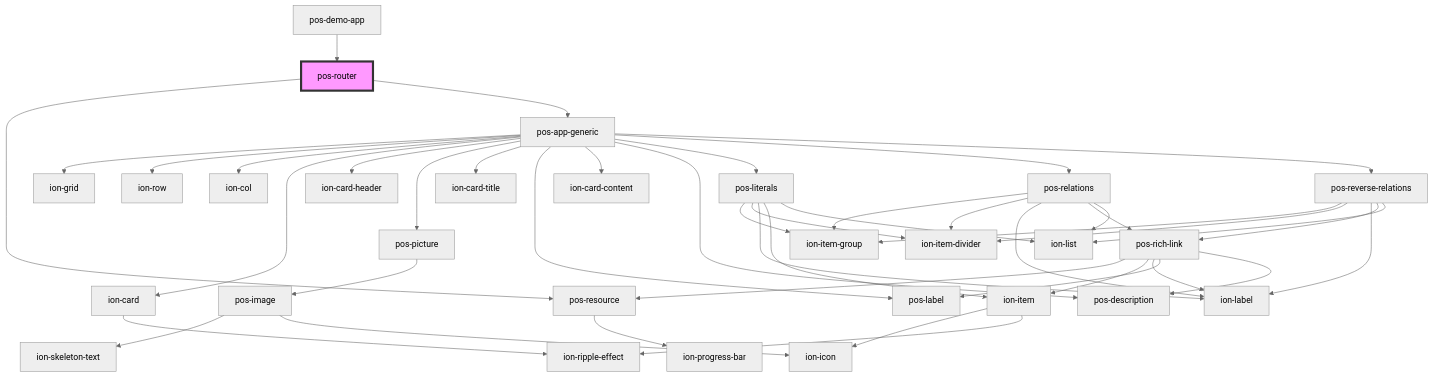
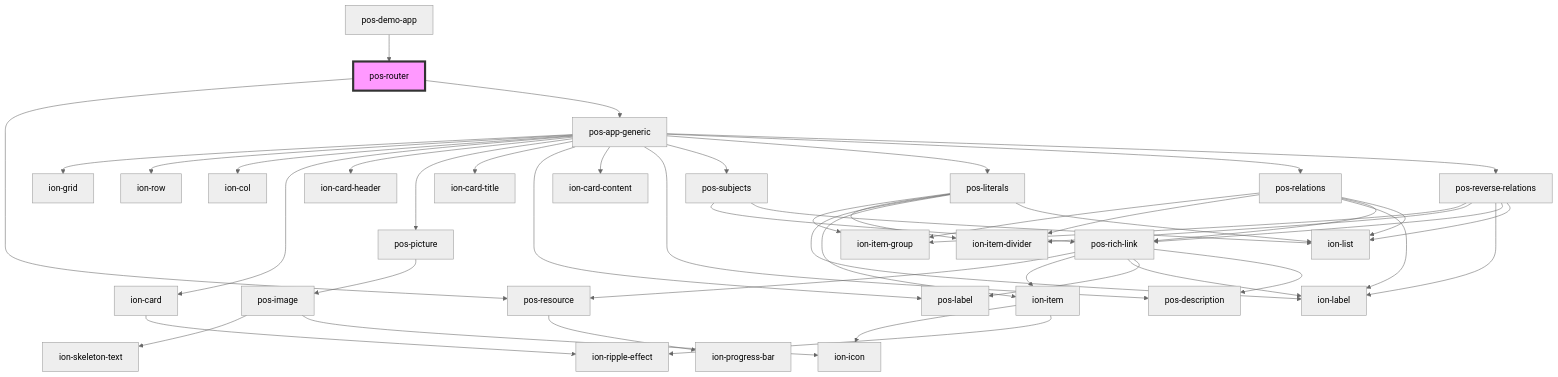
The diagram in docs/elements/components/pos-router/readme.md (pod-os/PodOS), drawn with Mermaid (neutral theme) before and after one commit. The commit also changed 6 other files, not shown here.

````diff
--- a/docs/elements/components/pos-router/readme.md
+++ b/docs/elements/components/pos-router/readme.md
@@ -20,47 +20,50 @@
 ```mermaid
 graph TD;
   pos-router --> pos-resource
   pos-router --> pos-app-generic
   pos-resource --> ion-progress-bar
   pos-app-generic --> ion-grid
   pos-app-generic --> ion-row
   pos-app-generic --> ion-col
   pos-app-generic --> ion-card
   pos-app-generic --> ion-card-header
   pos-app-generic --> pos-picture
   pos-app-generic --> ion-card-title
   pos-app-generic --> pos-label
   pos-app-generic --> ion-card-content
   pos-app-generic --> pos-description
+  pos-app-generic --> pos-subjects
   pos-app-generic --> pos-literals
   pos-app-generic --> pos-relations
   pos-app-generic --> pos-reverse-relations
   ion-card --> ion-ripple-effect
   pos-picture --> pos-image
   pos-image --> ion-skeleton-text
   pos-image --> ion-icon
+  pos-subjects --> pos-rich-link
+  pos-subjects --> ion-list
+  pos-rich-link --> pos-resource
+  pos-rich-link --> ion-item
+  pos-rich-link --> ion-label
+  pos-rich-link --> pos-label
+  pos-rich-link --> pos-description
+  ion-item --> ion-icon
+  ion-item --> ion-ripple-effect
   pos-literals --> ion-item-group
   pos-literals --> ion-item-divider
   pos-literals --> ion-label
   pos-literals --> ion-item
   pos-literals --> ion-list
-  ion-item --> ion-icon
-  ion-item --> ion-ripple-effect
   pos-relations --> ion-item-group
   pos-relations --> ion-item-divider
   pos-relations --> ion-label
   pos-relations --> pos-rich-link
   pos-relations --> ion-list
-  pos-rich-link --> pos-resource
-  pos-rich-link --> ion-item
-  pos-rich-link --> ion-label
-  pos-rich-link --> pos-label
-  pos-rich-link --> pos-description
   pos-reverse-relations --> ion-item-group
   pos-reverse-relations --> ion-item-divider
   pos-reverse-relations --> ion-label
   pos-reverse-relations --> pos-rich-link
   pos-reverse-relations --> ion-list
   pos-demo-app --> pos-router
   style pos-router fill:#f9f,stroke:#333,stroke-width:4px
 ```
````
